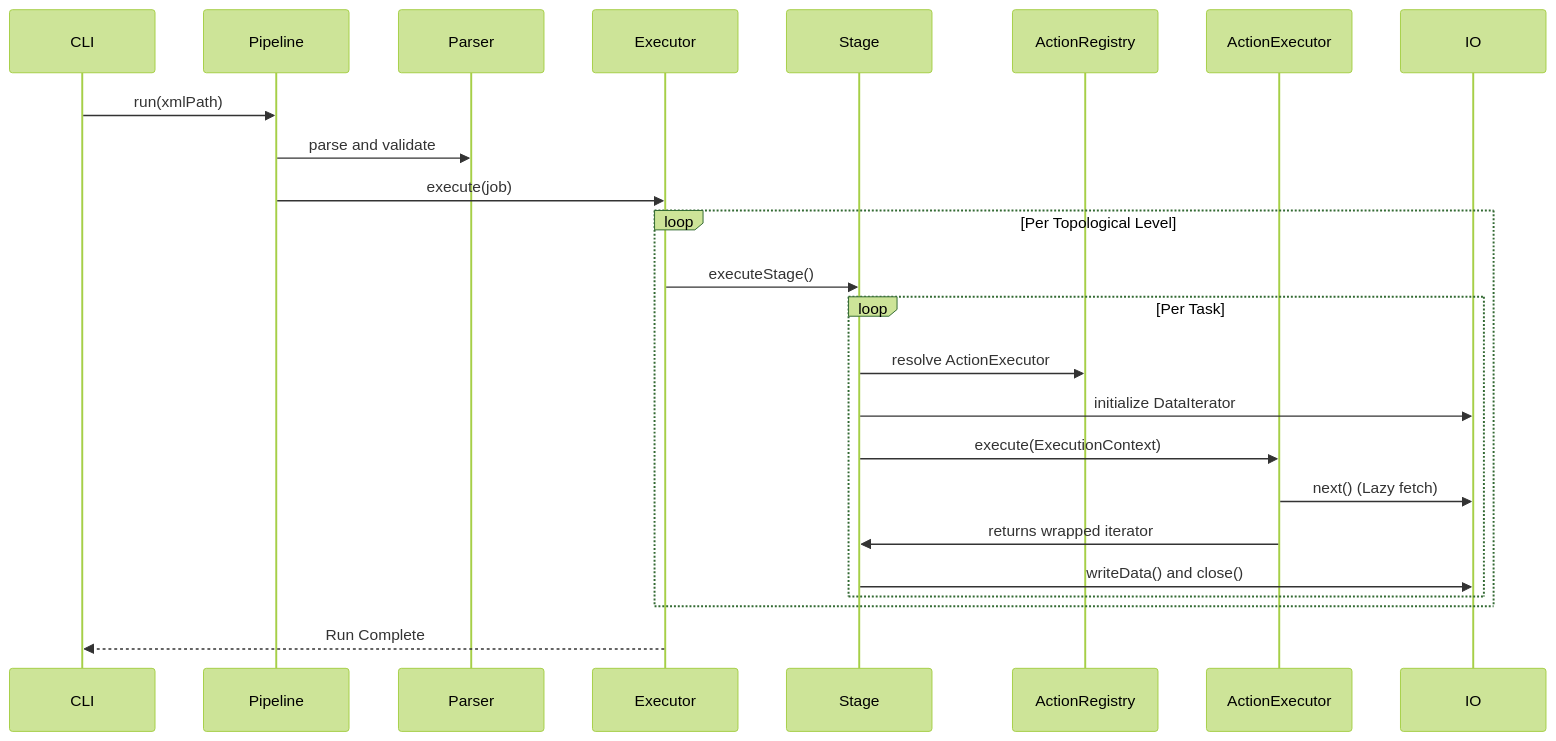
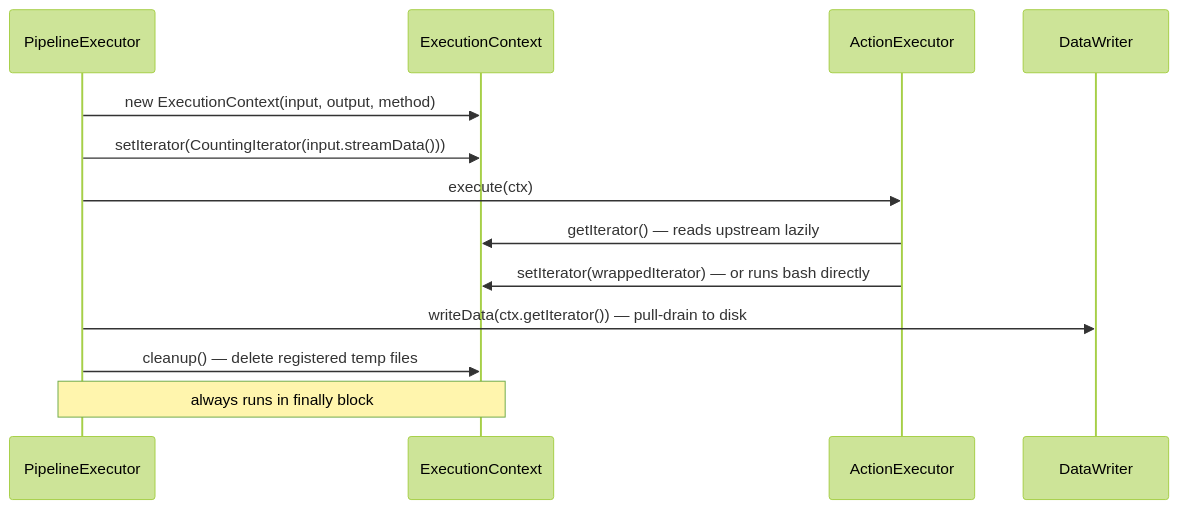
One commit to Rohitangshu2026/data-pipeline-framework changed the third of 5 diagrams in README.md. Above: the diagram before and after it, drawn with Mermaid (forest theme). The commit also changed other lines of this file, not shown here.

````diff
--- a/README.md
+++ b/README.md
@@ -205,28 +103,16 @@
 ```mermaid
 sequenceDiagram
-    participant CLI
-    participant Pipeline
-    participant Parser
-    participant Executor
-    participant Stage
-    participant ActionRegistry
-    participant ActionExecutor
-    participant IO
-    
-    CLI ->> Pipeline: run(xmlPath)
-    Pipeline ->> Parser: parse and validate
-    Pipeline ->> Executor: execute(job)
-    
-    loop Per Topological Level
-        Executor ->> Stage: executeStage()
-        loop Per Task
-            Stage ->> ActionRegistry: resolve ActionExecutor
-            Stage ->> IO: initialize DataIterator
-            Stage ->> ActionExecutor: execute(ExecutionContext)
-            ActionExecutor ->> IO: next() (Lazy fetch)
-            ActionExecutor ->> Stage: returns wrapped iterator
-            Stage ->> IO: writeData() and close()
-        end
-    end
-    Executor -->> CLI: Run Complete
+    participant PE as PipelineExecutor
+    participant CTX as ExecutionContext
+    participant AE as ActionExecutor
+    participant IO as DataWriter
+
+    PE->>CTX: new ExecutionContext(input, output, method)
+    PE->>CTX: setIterator(CountingIterator(input.streamData()))
+    PE->>AE: execute(ctx)
+    AE->>CTX: getIterator() — reads upstream lazily
+    AE->>CTX: setIterator(wrappedIterator) — or runs bash directly
+    PE->>IO: writeData(ctx.getIterator()) — pull-drain to disk
+    PE->>CTX: cleanup() — delete registered temp files
+    Note over PE,CTX: always runs in finally block
 ```
````
